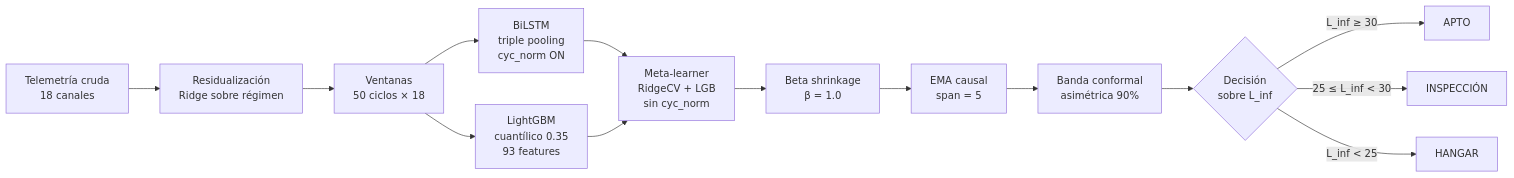
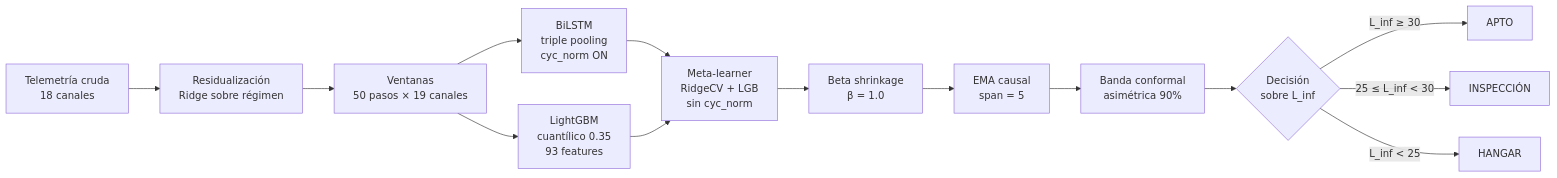
One commit to mikelrh-dev/nasa-rul-ds02 changed the diagram in README.md. Above: the diagram before and after it, drawn with Mermaid. The commit also changed other lines of this file and 418 other files, not shown here.

````diff
--- a/README.md
+++ b/README.md
@@ -87,19 +142,19 @@
 ```mermaid
 flowchart LR
     accTitle: Arquitectura del modelo híbrido DS02
-    accDescr: Pipeline de inferencia: datos crudos → residualización → ventanas → BiLSTM + LightGBM → stacking → EMA → banda conformal → decisión.
+    accDescr: Pipeline de inferencia: telemetría → residualización → ventanas → BiLSTM + LightGBM → stacking → EMA → banda conformal → decisión.
 
     A[Telemetría cruda<br/>18 canales] --> B[Residualización<br/>Ridge sobre régimen]
-    B --> C[Ventanas<br/>50 ciclos × 18]
+    B --> C[Ventanas<br/>50 pasos × 19 canales]
     C --> D[BiLSTM<br/>triple pooling<br/>cyc_norm ON]
     C --> E[LightGBM<br/>cuantílico 0.35<br/>93 features]
     D --> F[Meta-learner<br/>RidgeCV + LGB<br/>sin cyc_norm]
     E --> F
     F --> G[Beta shrinkage<br/>β = 1.0]
     G --> H[EMA causal<br/>span = 5]
     H --> I[Banda conformal<br/>asimétrica 90%]
     I --> J{Decisión<br/>sobre L_inf}
     J -->|L_inf ≥ 30| K[APTO]
     J -->|25 ≤ L_inf < 30| L[INSPECCIÓN]
     J -->|L_inf < 25| M[HANGAR]
 ```
````
